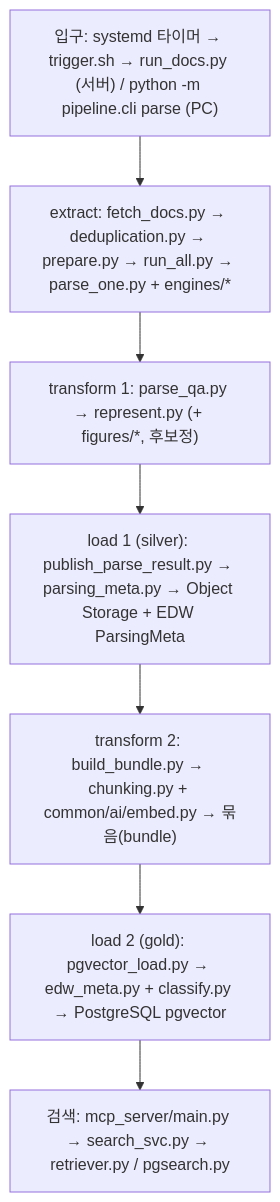
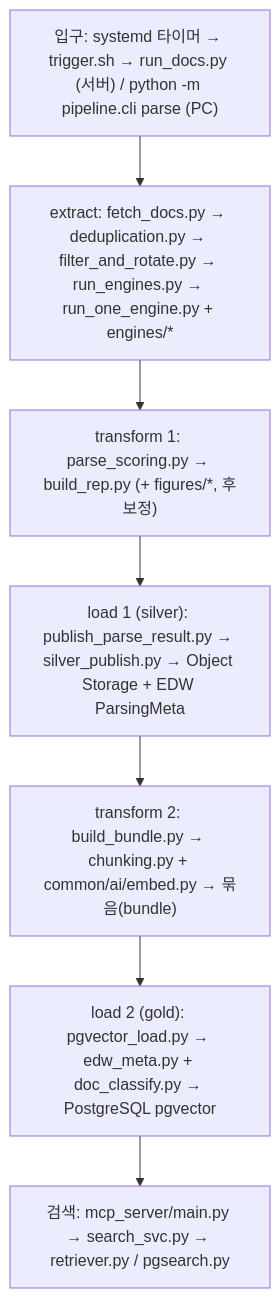
The first of 11 diagrams in docs/architecture/parse_flow.md (gigasamba/sbl_data_parsing), drawn with Mermaid before and after one commit. The commit also changed other lines of this file and 114 other files, not shown here.

````diff
--- a/docs/architecture/parse_flow.md
+++ b/docs/architecture/parse_flow.md
@@ -13,11 +13,11 @@
 ```mermaid
 flowchart TD
     A["입구: systemd 타이머 → trigger.sh → run_docs.py (서버) / python -m pipeline.cli parse (PC)"]
-    B["extract: fetch_docs.py → deduplication.py → prepare.py → run_all.py → parse_one.py + engines/*"]
-    C["transform 1: parse_qa.py → represent.py (+ figures/*, 후보정)"]
-    P["load 1 (silver): publish_parse_result.py → parsing_meta.py → Object Storage + EDW ParsingMeta"]
+    B["extract: fetch_docs.py → deduplication.py → filter_and_rotate.py → run_engines.py → run_one_engine.py + engines/*"]
+    C["transform 1: parse_scoring.py → build_rep.py (+ figures/*, 후보정)"]
+    P["load 1 (silver): publish_parse_result.py → silver_publish.py → Object Storage + EDW ParsingMeta"]
     D["transform 2: build_bundle.py → chunking.py + common/ai/embed.py → 묶음(bundle)"]
-    E["load 2 (gold): pgvector_load.py → edw_meta.py + classify.py → PostgreSQL pgvector"]
+    E["load 2 (gold): pgvector_load.py → edw_meta.py + doc_classify.py → PostgreSQL pgvector"]
     F["검색: mcp_server/main.py → search_svc.py → retriever.py / pgsearch.py"]
     A --> B --> C --> P --> D --> E --> F
 ```
````
